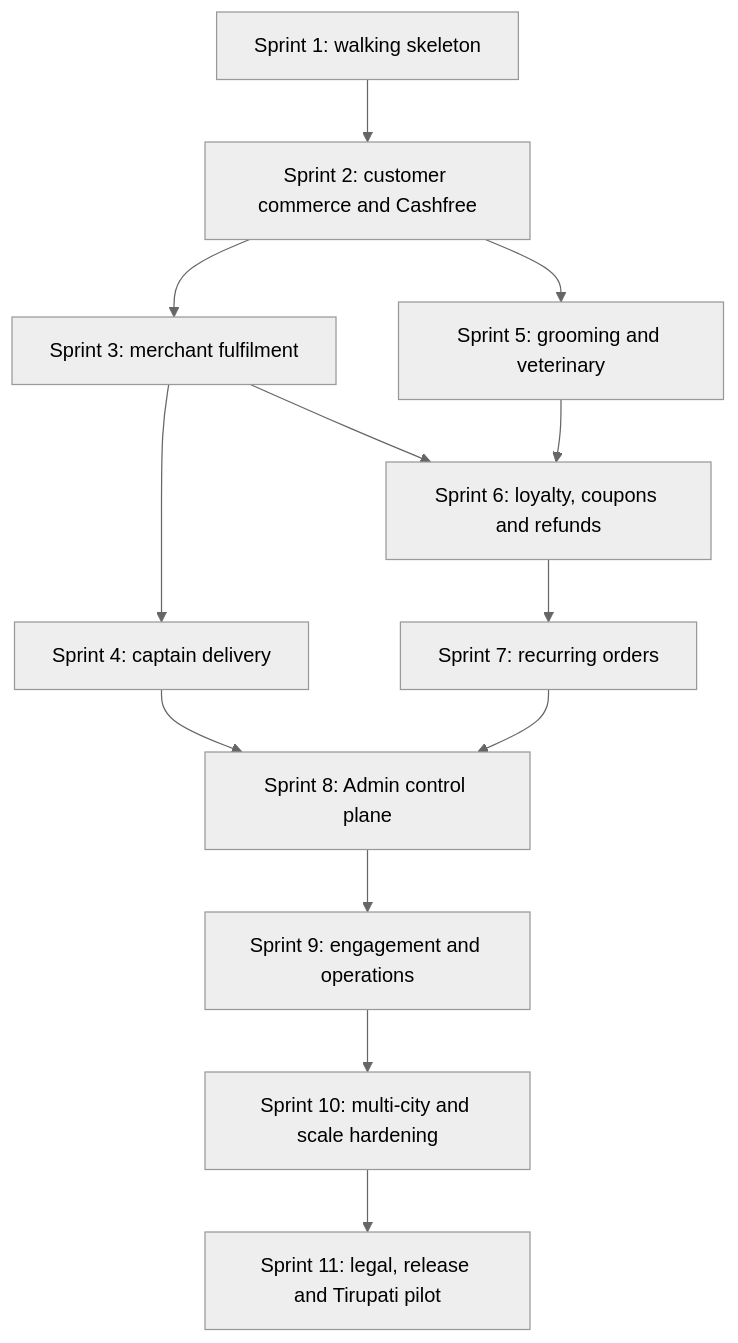
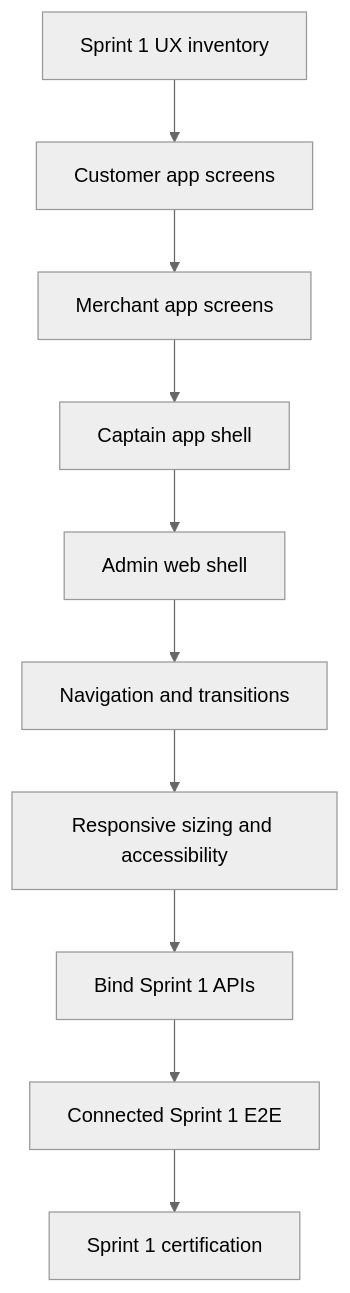
Before and after one commit to thrinnadhh/Mypetnew: the first of 2 diagrams in docs/sprints/SPRINT_PLAN.md, drawn with Mermaid (neutral theme). The commit also changed other lines of this file, not shown here.

Commit message:
docs: make Sprint 1 frontend-first and remove later sprint plan

````diff
--- a/docs/sprints/SPRINT_PLAN.md
+++ b/docs/sprints/SPRINT_PLAN.md
@@ -19,15 +19,12 @@
 ```mermaid
 flowchart TD
-    S1["Sprint 1: walking skeleton"] --> S2["Sprint 2: customer commerce and Cashfree"]
-    S2 --> S3["Sprint 3: merchant fulfilment"]
-    S3 --> S4["Sprint 4: captain delivery"]
-    S2 --> S5["Sprint 5: grooming and veterinary"]
-    S3 --> S6["Sprint 6: loyalty, coupons and refunds"]
-    S5 --> S6
-    S6 --> S7["Sprint 7: recurring orders"]
-    S4 --> S8["Sprint 8: Admin control plane"]
-    S7 --> S8
-    S8 --> S9["Sprint 9: engagement and operations"]
-    S9 --> S10["Sprint 10: multi-city and scale hardening"]
-    S10 --> S11["Sprint 11: legal, release and Tirupati pilot"]
+    A["Sprint 1 UX inventory"] --> B["Customer app screens"]
+    B --> C["Merchant app screens"]
+    C --> D["Captain app shell"]
+    D --> E["Admin web shell"]
+    E --> F["Navigation and transitions"]
+    F --> G["Responsive sizing and accessibility"]
+    G --> H["Bind Sprint 1 APIs"]
+    H --> I["Connected Sprint 1 E2E"]
+    I --> J["Sprint 1 certification"]
 ```
````
